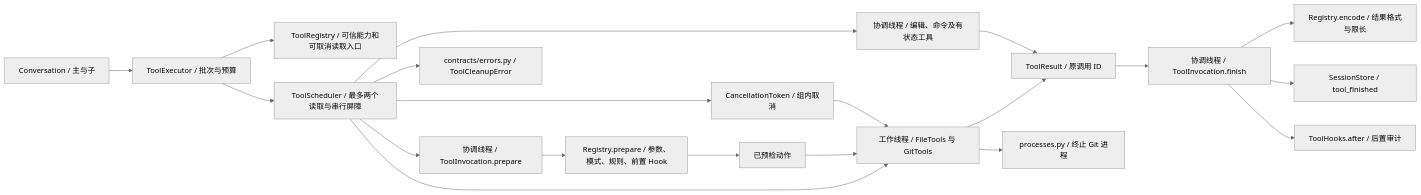
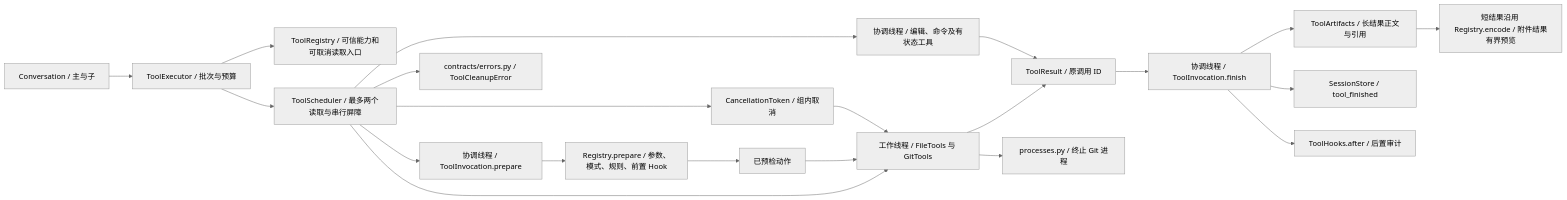
Before and after one commit to Plvltra/AdamAgent: the third of 21 diagrams in docs/architecture.md, drawn with Mermaid (neutral theme). The commit also changed other lines of this file and 24 other files, not shown here.

```diff
--- a/docs/architecture.md
+++ b/docs/architecture.md
@@ -61,22 +68,23 @@
 ~~~mermaid
 flowchart LR
     S_CONV["Conversation / 主与子"] --> S_EXEC["ToolExecutor / 批次与预算"]
     S_EXEC --> S_REG["ToolRegistry / 可信能力和可取消读取入口"]
     S_EXEC --> S_RUN["ToolScheduler / 最多两个读取与串行屏障"]
     S_RUN --> S_PREP["协调线程 / ToolInvocation.prepare"]
     S_PREP --> S_CHECK["Registry.prepare / 参数、模式、规则、前置 Hook"]
     S_CHECK --> S_ACTION["已预检动作"]
     S_RUN --> S_WORK["工作线程 / FileTools 与 GitTools"]
     S_ACTION --> S_WORK
     S_RUN --> S_SERIAL["协调线程 / 编辑、命令及有状态工具"]
     S_WORK --> S_RESULT["ToolResult / 原调用 ID"]
     S_SERIAL --> S_RESULT
     S_RESULT --> S_FINISH["协调线程 / ToolInvocation.finish"]
-    S_FINISH --> S_ENCODE["Registry.encode / 结果格式与限长"]
+    S_FINISH --> S_ART["ToolArtifacts / 长结果正文与引用"]
+    S_ART --> S_ENCODE["短结果沿用 Registry.encode / 附件结果有界预览"]
     S_FINISH --> S_STORE["SessionStore / tool_finished"]
     S_FINISH --> S_AFTER["ToolHooks.after / 后置审计"]
     S_RUN --> S_CANCEL["CancellationToken / 组内取消"]
     S_CANCEL --> S_WORK
     S_WORK --> S_PROC["processes.py / 终止 Git 进程"]
     S_RUN --> S_ERROR["contracts/errors.py / ToolCleanupError"]
 ~~~
```
